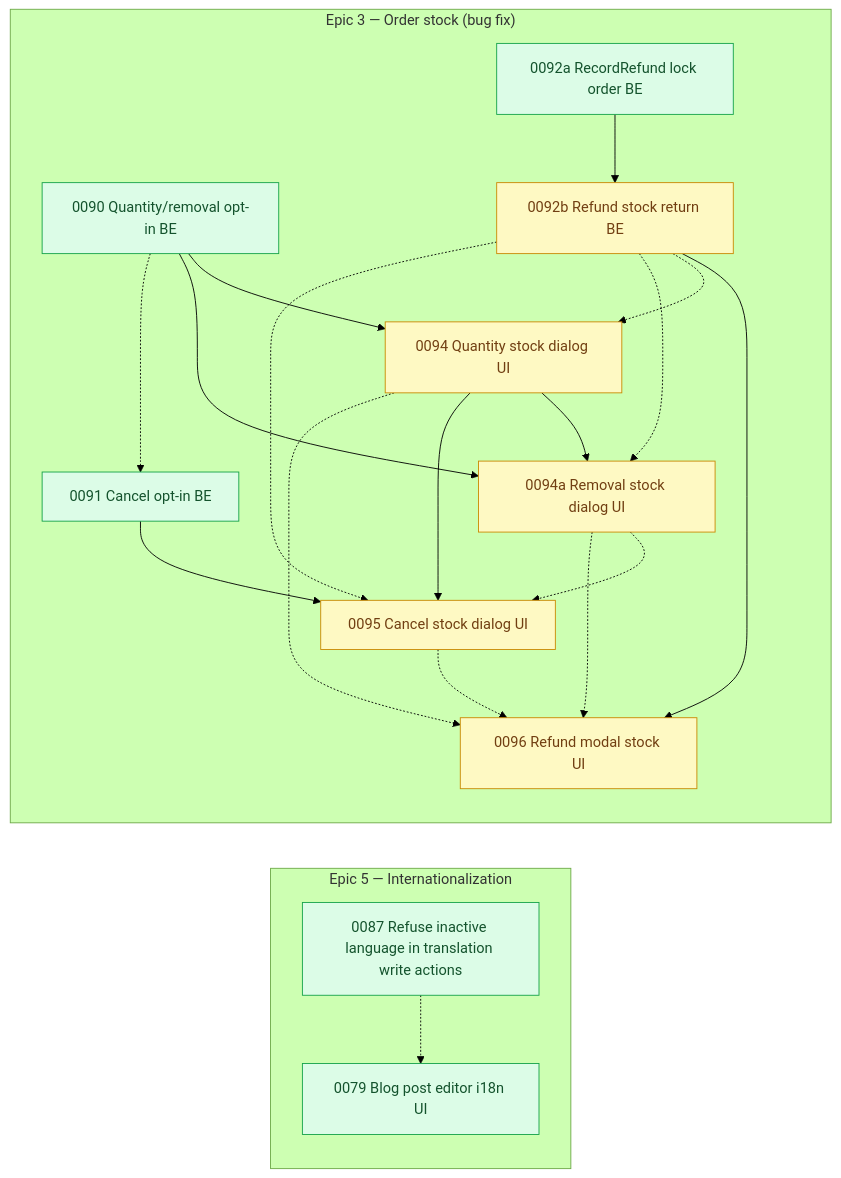
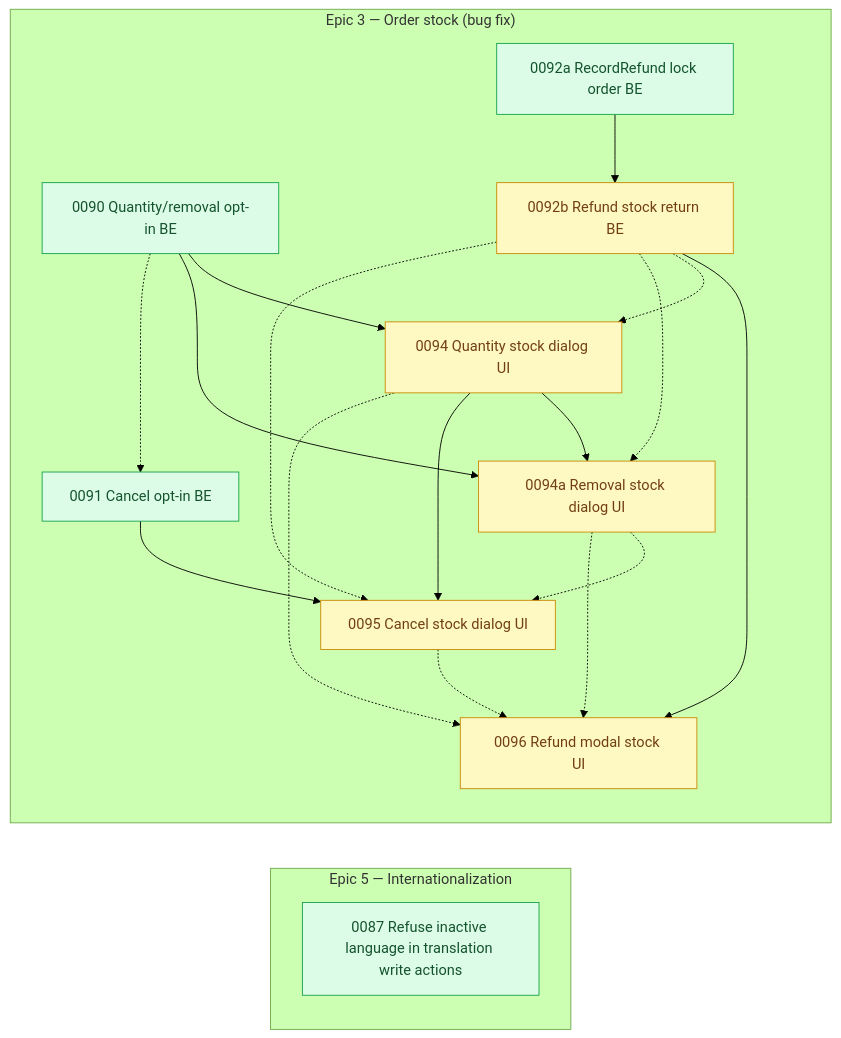
One commit to shojen/AI4Devs-finalproject changed the diagram in arospe/ai-spec/tasks-map.md. Above: the diagram before and after it, drawn with Mermaid (forest theme). The commit also changed other lines of this file and 8 other files, not shown here.

````diff
--- a/arospe/ai-spec/tasks-map.md
+++ b/arospe/ai-spec/tasks-map.md
@@ -601,7 +604,6 @@
     subgraph PEND_I18N["Epic 5 — Internationalization"]
         direction TB
         P0087["0087 Refuse inactive language in translation write actions"]
-        P0079["0079 Blog post editor i18n UI"]
     end
 
     subgraph PEND_STOCK["Epic 3 — Order stock (bug fix)"]
@@ -706,9 +708,9 @@
     %% (P0084 --> P0085 dropped: 0084 is done; 0085 is done too.)
     %% (P0083 -.-> P0085 and P0083 --> P0086 dropped: 0083 is done; 0086 is now ready.)
 
-    class P0079,P0087 ready;
+    class P0087 ready;
     %% (P0078 closed to done/ 2026-11-08; P0076b closed to done/ 2026-11-10 and no node is `claimed`; P0076b --> P0077 and P0076b -.-> P0087 dropped, 0077 is now ready.)
-    P0087 -.-> P0079
+    %% (P0079 closed to done/ 2026-11-12; P0087 -.-> P0079 dropped, no node is `claimed`.)
     %% (P0075 closed to done/ 2026-10-27; P0073 closed to done/ 2026-10-08; no node remains `claimed`.)
     %% (P0071 --> P0073/P0075/P0079 dropped: 0071 closed to done/ 2026-10-07.)
 ```
````
